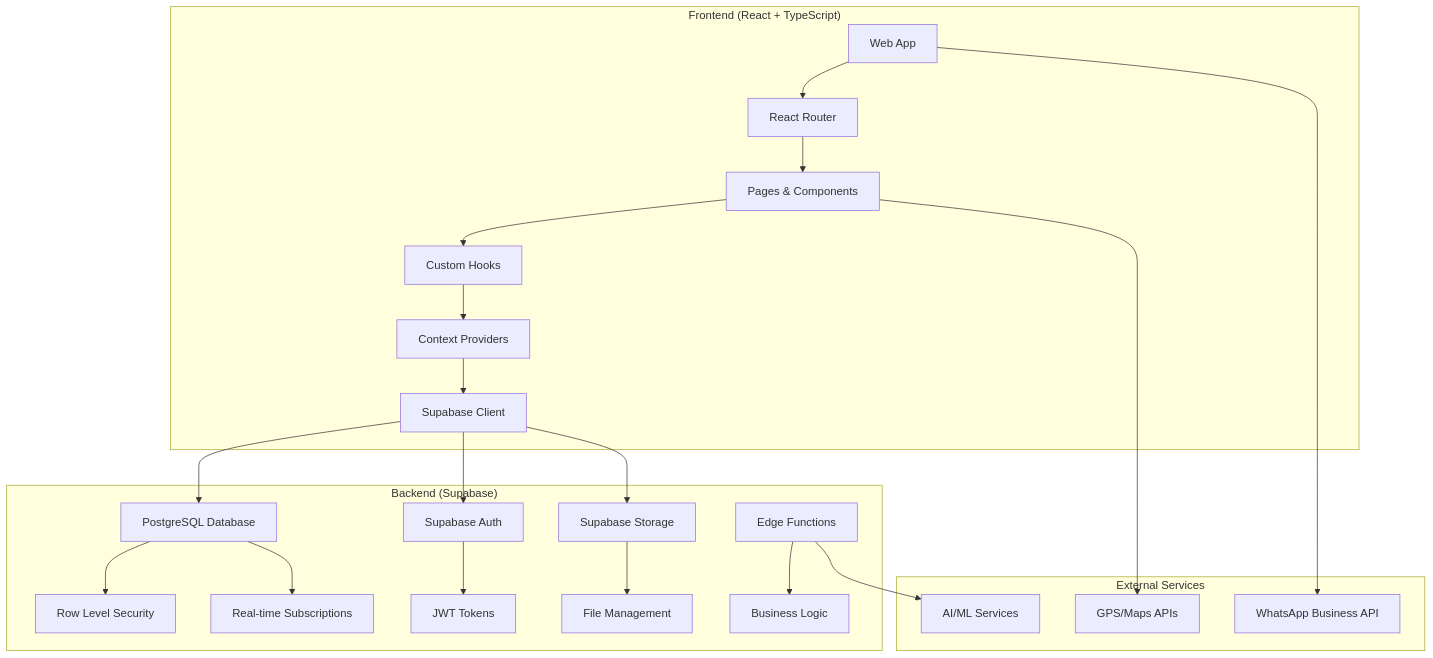
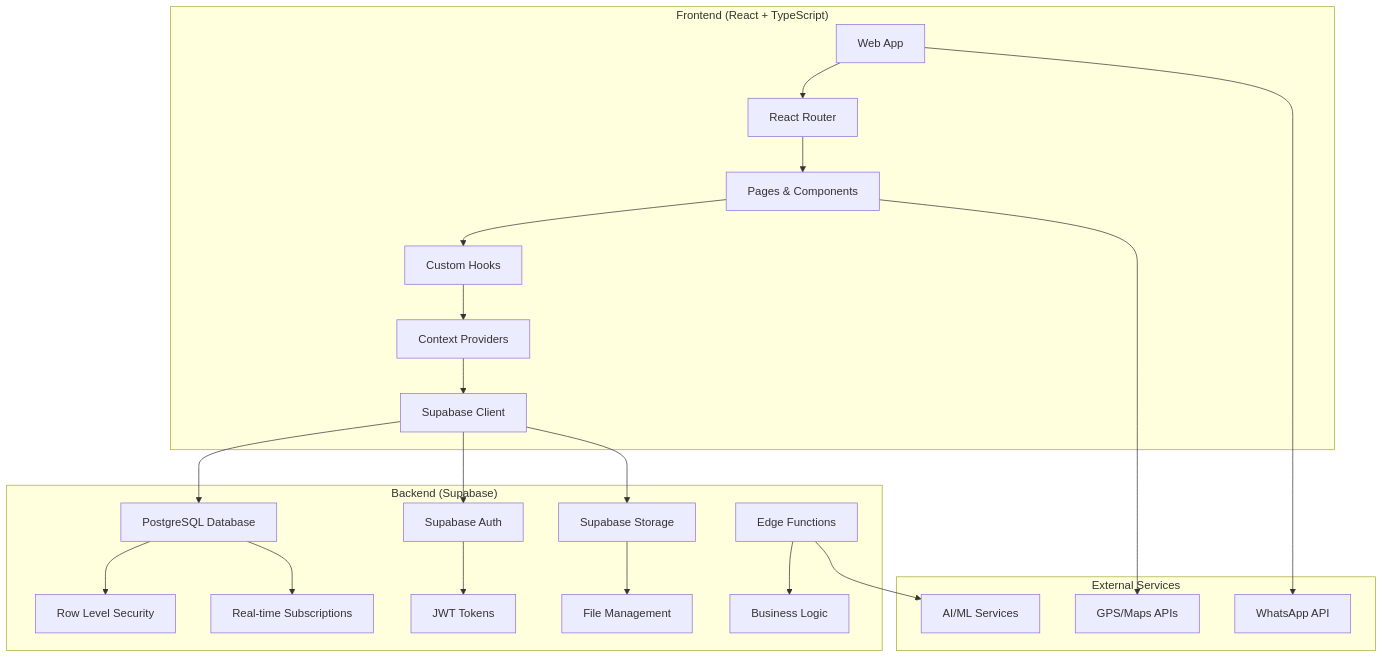
One commit to GermanFOSSIL/fieldflow-progress changed the first of 3 diagrams in docs/ARCHITECTURE.md. Above: the diagram before and after it, drawn with Mermaid. The commit also changed other lines of this file and 34 other files, not shown here.

````diff
--- a/docs/ARCHITECTURE.md
+++ b/docs/ARCHITECTURE.md
@@ -7,31 +7,31 @@
 ```mermaid
 graph TB
     subgraph "Frontend (React + TypeScript)"
         A[Web App] --> B[React Router]
         B --> C[Pages & Components]
         C --> D[Custom Hooks]
         D --> E[Context Providers]
         E --> F[Supabase Client]
     end
     
     subgraph "Backend (Supabase)"
         G[PostgreSQL Database] --> H[Row Level Security]
         G --> I[Real-time Subscriptions]
         J[Supabase Auth] --> K[JWT Tokens]
         L[Supabase Storage] --> M[File Management]
         N[Edge Functions] --> O[Business Logic]
     end
     
     subgraph "External Services"
-        P[WhatsApp Business API]
+        P[WhatsApp API]
         Q[AI/ML Services]
         R[GPS/Maps APIs]
     end
     
     F --> G
     F --> J
     F --> L
     A --> P
     N --> Q
     C --> R
 ```
````
